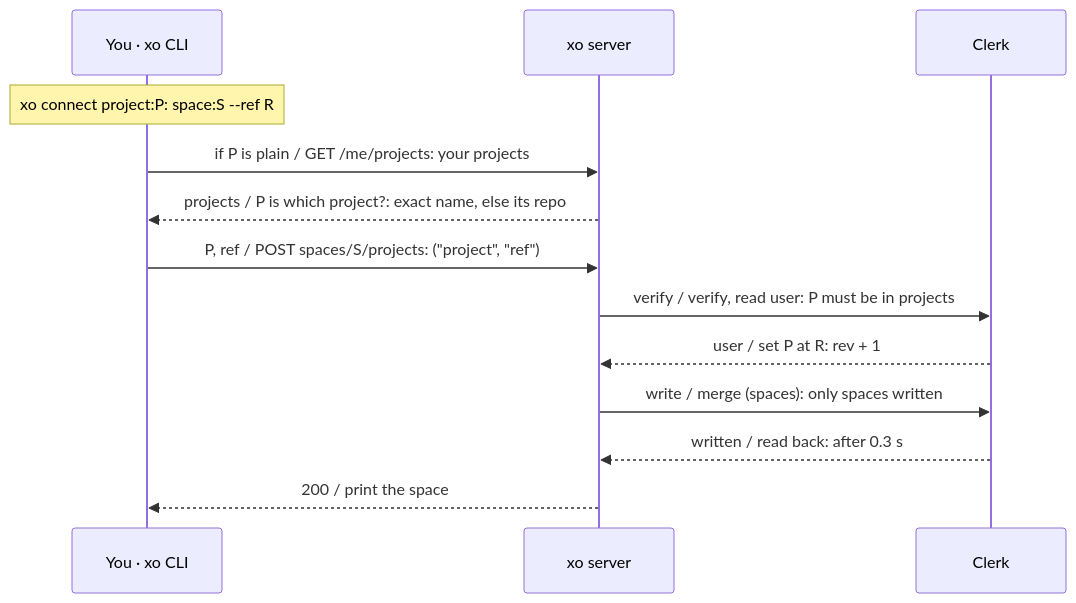
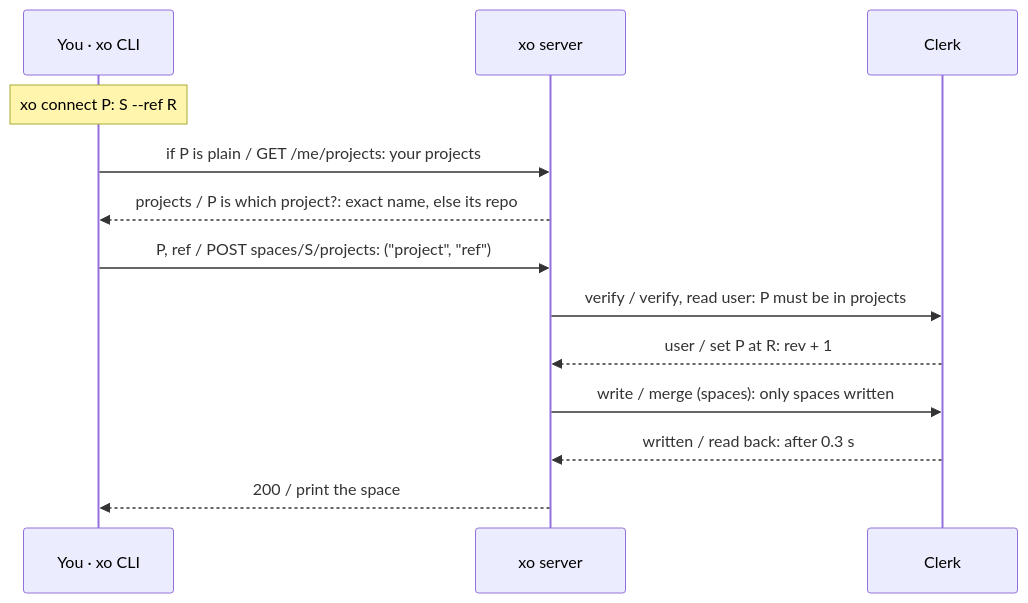
One commit to quirq-ai/xo changed diagram 15 of 30 in docs/architecture.md. Above: the diagram before and after it, drawn with Mermaid. The commit also changed other lines of this file and 5 other files, not shown here.

````diff
--- a/docs/architecture.md
+++ b/docs/architecture.md
@@ -339,15 +339,15 @@
 ```mermaid
 sequenceDiagram
   participant Cli as You · xo CLI
   participant Srv as xo server
   participant Clerk as Clerk
-  Note over Cli: xo connect project:P: space:S --ref R
+  Note over Cli: xo connect P: S --ref R
   Cli->>Srv: if P is plain / GET /me/projects: your projects
   Srv-->>Cli: projects / P is which project?: exact name, else its repo
   Cli->>Srv: P, ref / POST spaces/S/projects: ("project", "ref")
   Srv->>Clerk: verify / verify, read user: P must be in projects
   Clerk-->>Srv: user / set P at R: rev + 1
   Srv->>Clerk: write / merge (spaces): only spaces written
   Clerk-->>Srv: written / read back: after 0.3 s
   Srv-->>Cli: 200 / print the space
 ```
````
